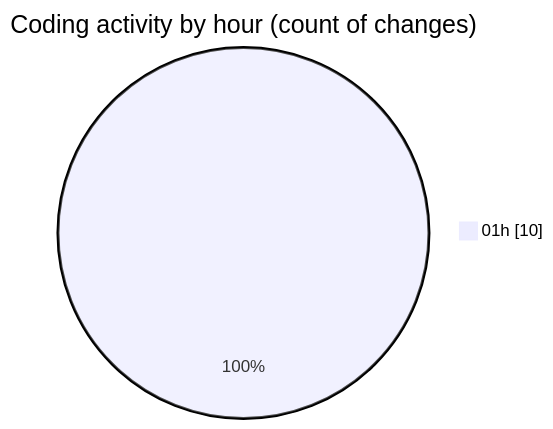
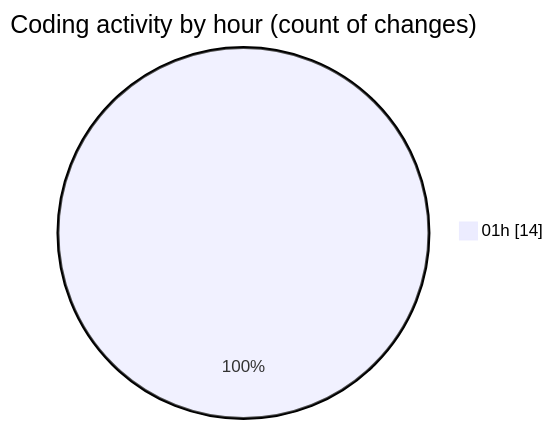
Before and after one commit to charlie-sans/code-tracking: the second of 2 diagrams in 2025-03-19/sharpmasm/README.md, drawn with Mermaid. The commit also changed other lines of this file and 1 other file, not shown here.

````diff
--- a/2025-03-19/sharpmasm/README.md
+++ b/2025-03-19/sharpmasm/README.md
@@ -29,5 +31,5 @@
 ```mermaid
 pie showData
 title Coding activity by hour (count of changes)
-"01h" : 10
+"01h" : 14
 ```
````
